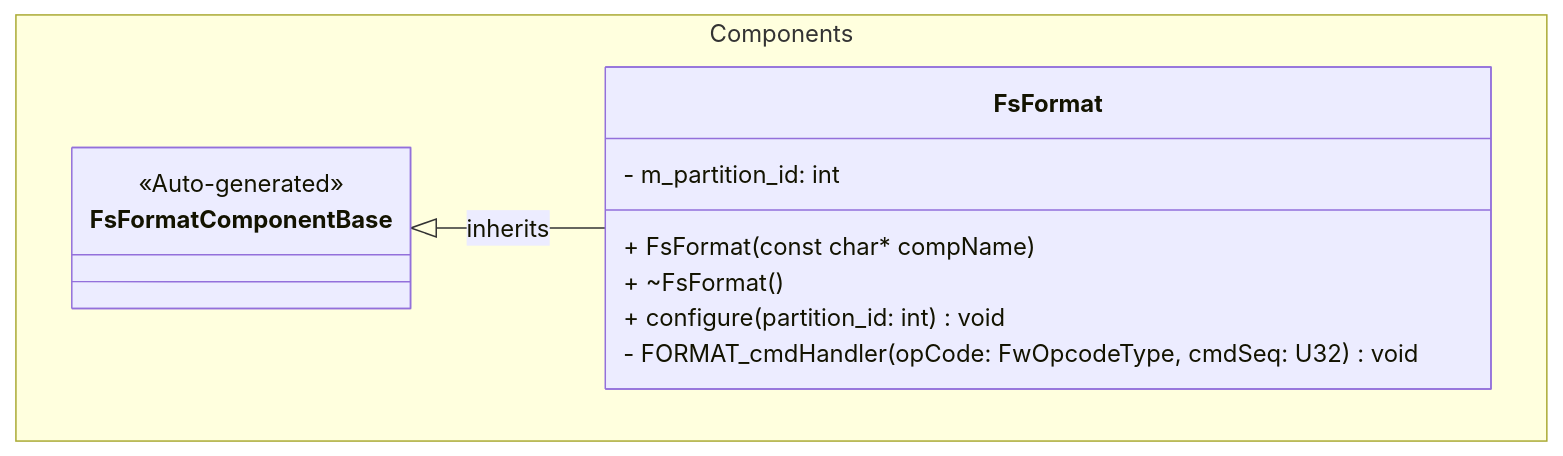
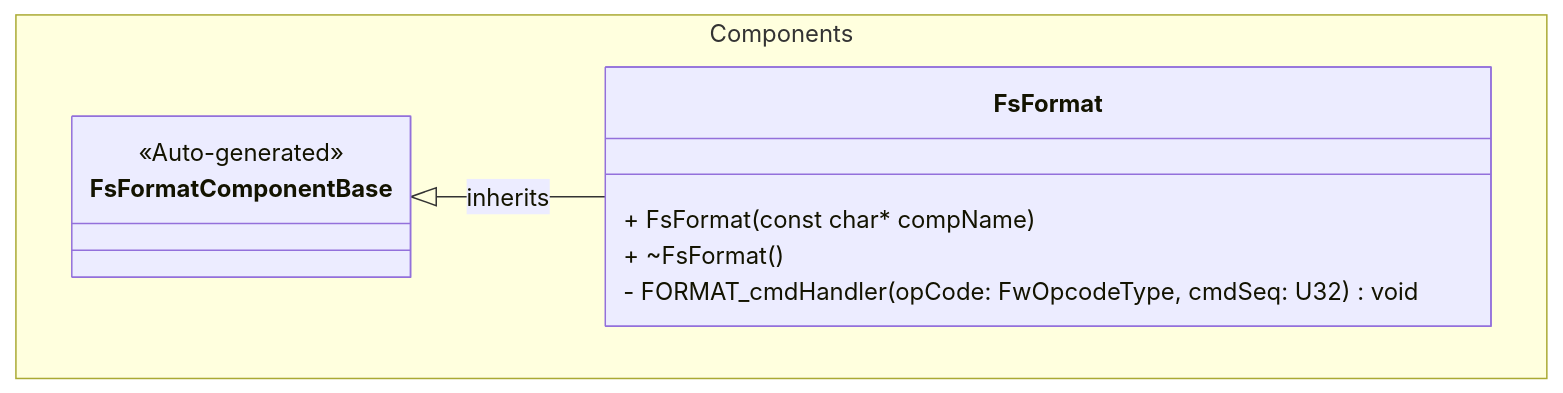
Before and after one commit to Open-Source-Space-Foundation/proves-core-reference: the first of 2 diagrams in docs-site/components/FsFormat.md, drawn with Mermaid. The commit also changed other lines of this file and 10 other files, not shown here.

````diff
--- a/docs-site/components/FsFormat.md
+++ b/docs-site/components/FsFormat.md
@@ -31,17 +29,15 @@
 ```mermaid
 classDiagram
 	namespace Components {
 		class FsFormatComponentBase {
 			<<Auto-generated>>
 		}
 		class FsFormat {
 			+ FsFormat(const char* compName)
 			+ ~FsFormat()
-			+ configure(partition_id: int) void
 			- FORMAT_cmdHandler(opCode: FwOpcodeType, cmdSeq: U32) void
-			- m_partition_id: int
 		}
 	}
 
 	FsFormatComponentBase <|-- FsFormat : inherits
 ```
````
